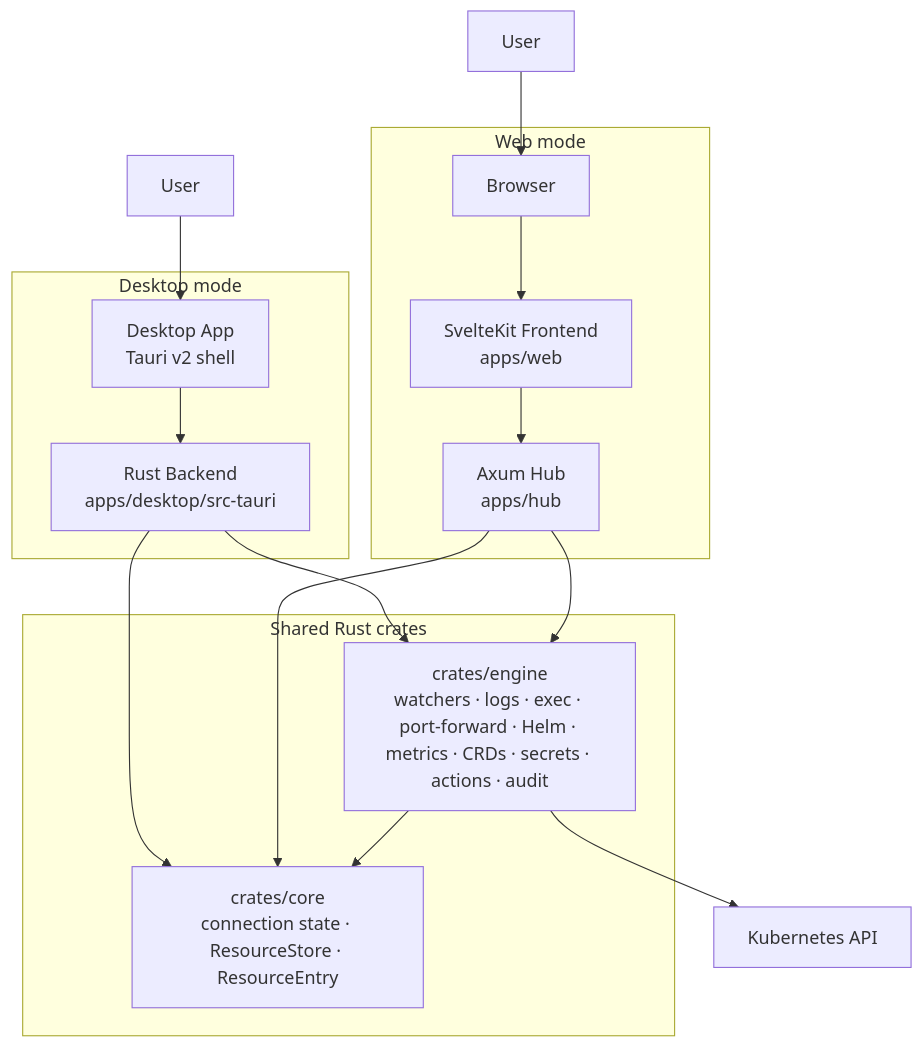
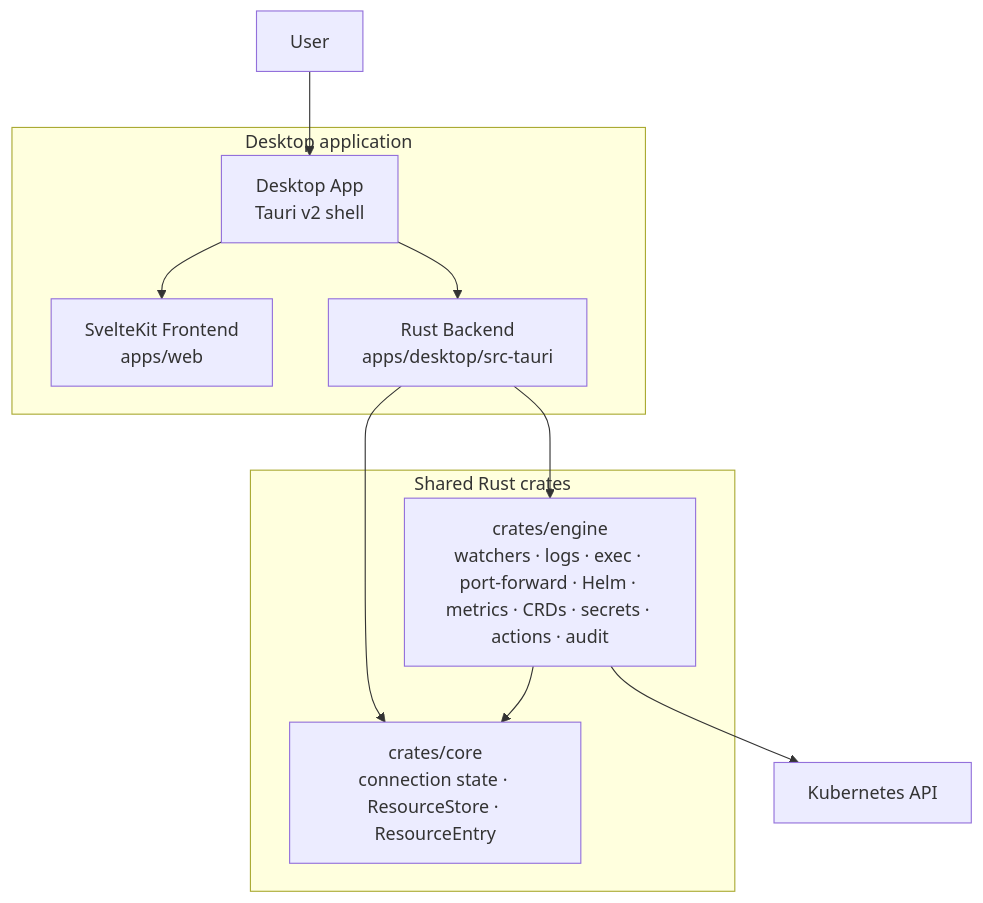
Before and after one commit to adamdost-0/Telescope: the first of 4 diagrams in docs/diagrams/architecture.md, drawn with Mermaid. The commit also changed other lines of this file and 35 other files, not shown here.

First line of the commit message:
refactor: remove Hub/web mode — desktop-only focus

````diff
--- a/docs/diagrams/architecture.md
+++ b/docs/diagrams/architecture.md
@@ -9,33 +9,23 @@
 ```mermaid
 flowchart TB
     userDesktop["User"]
-    userWeb["User"]
     k8s["Kubernetes API"]
 
-    subgraph desktopMode["Desktop mode"]
+    subgraph desktopMode["Desktop application"]
         desktopApp["Desktop App<br/>Tauri v2 shell"]
+        webUi["SvelteKit Frontend<br/>apps/web"]
         rustBackend["Rust Backend<br/>apps/desktop/src-tauri"]
-    end
-
-    subgraph webMode["Web mode"]
-        browser["Browser"]
-        webUi["SvelteKit Frontend<br/>apps/web"]
-        hub["Axum Hub<br/>apps/hub"]
     end
 
     subgraph sharedRust["Shared Rust crates"]
         engine["crates/engine<br/>watchers · logs · exec · port-forward · Helm · metrics · CRDs · secrets · actions · audit"]
         core["crates/core<br/>connection state · ResourceStore · ResourceEntry"]
     end
 
-    userDesktop --> desktopApp --> rustBackend
+    userDesktop --> desktopApp --> webUi
+    desktopApp --> rustBackend
     rustBackend --> engine
     rustBackend --> core
-
-    userWeb --> browser --> webUi --> hub
-    hub --> engine
-    hub --> core
-
     engine --> core
     engine --> k8s
 ```
````
